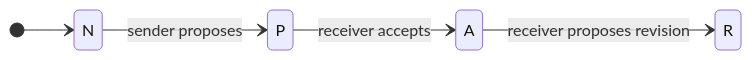
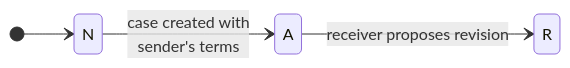
One commit to CERTCC/Vultron changed the second of 6 diagrams in docs/topics/process_models/em/defaults.md. Above: the diagram before and after it, drawn with Mermaid. The commit also changed other lines of this file and 8 other files, not shown here.

````diff
--- a/docs/topics/process_models/em/defaults.md
+++ b/docs/topics/process_models/em/defaults.md
@@ -142,8 +145,7 @@
 ```mermaid
 stateDiagram-v2
     direction LR
     [*] --> N
-    N --> P : sender proposes
-    P --> A : receiver accepts
+    N --> A : case created with<br/>sender's terms
     A --> R : receiver proposes revision
 ```
````
